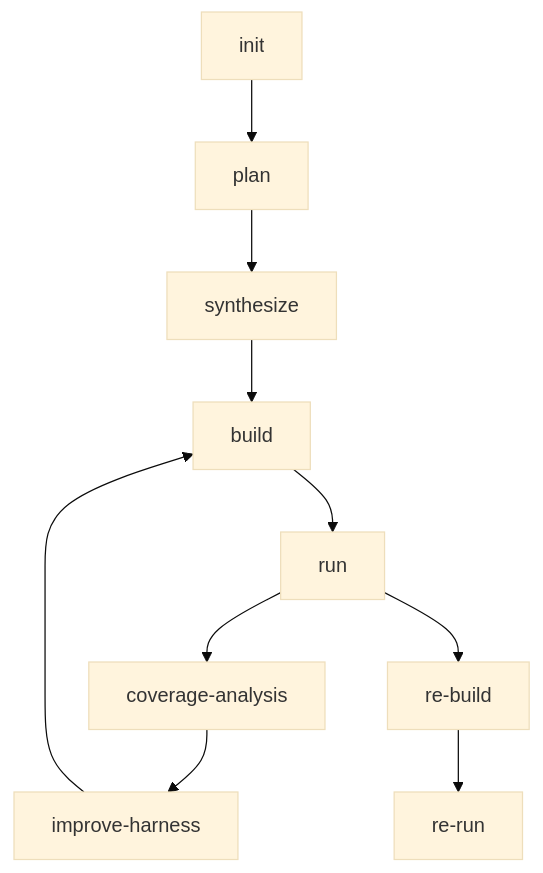
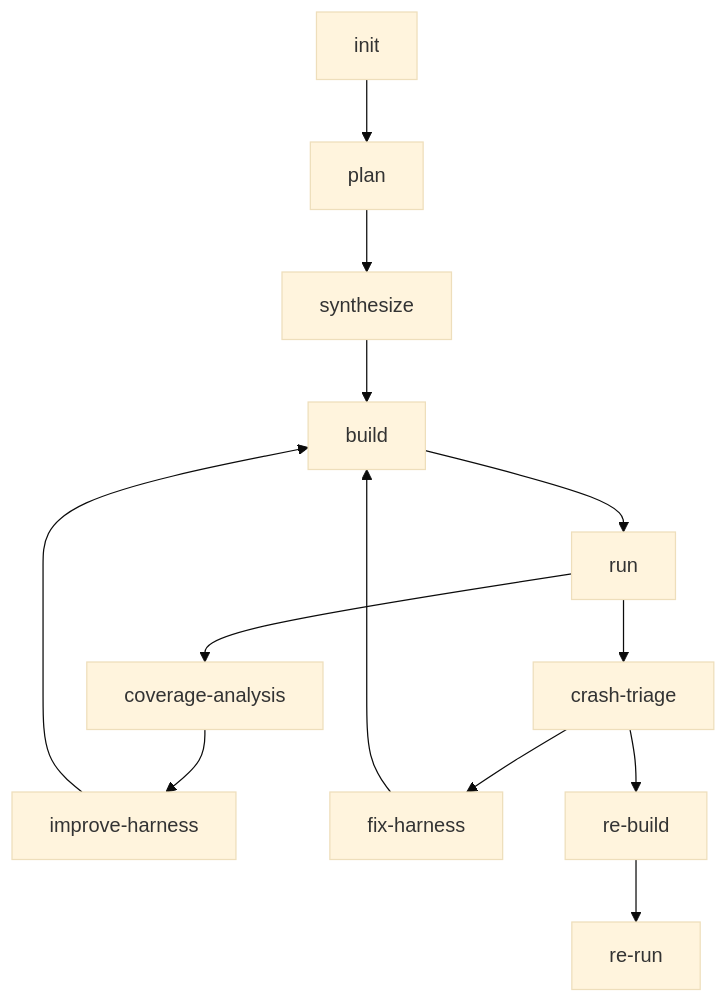
The second of 2 diagrams in docs/CODEBASE_TECHNICAL_ANALYSIS.md (ZUENS2020/Sherpa), drawn with Mermaid (base theme) before and after one commit. The commit also changed other lines of this file and 6 other files, not shown here.

First line of the commit message:
docs: refine workflow, add crash-triage docs

````diff
--- a/docs/CODEBASE_TECHNICAL_ANALYSIS.md
+++ b/docs/CODEBASE_TECHNICAL_ANALYSIS.md
@@ -102,12 +100,15 @@
 ```mermaid
 flowchart TD
   INIT["init"] --> PLAN["plan"]
   PLAN --> SYN["synthesize"]
   SYN --> BUILD["build"]
   BUILD --> RUN["run"]
   RUN --> CA["coverage-analysis"]
   CA --> IH["improve-harness"]
   IH --> BUILD
-  RUN --> RB["re-build"]
+  RUN --> TRIAGE["crash-triage"]
+  TRIAGE --> FH["fix-harness"]
+  FH --> BUILD
+  TRIAGE --> RB["re-build"]
   RB --> RR["re-run"]
 ```
````
